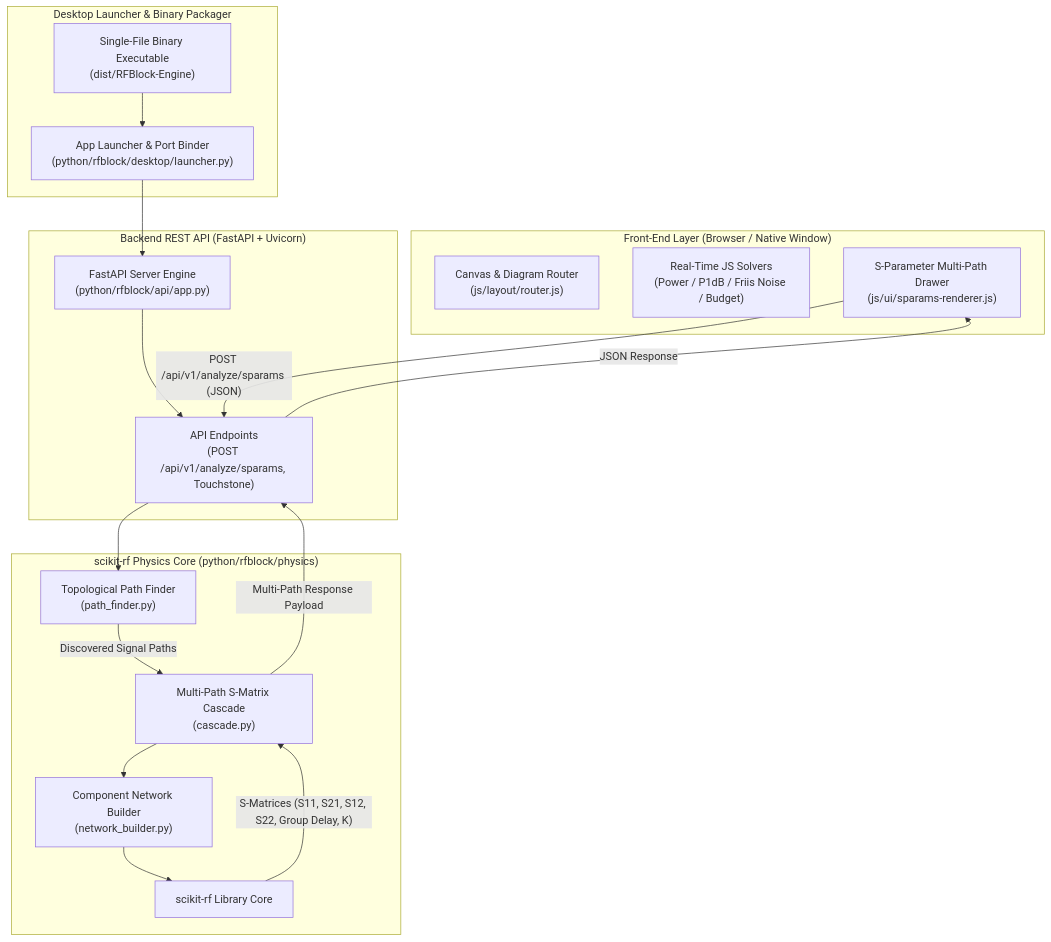
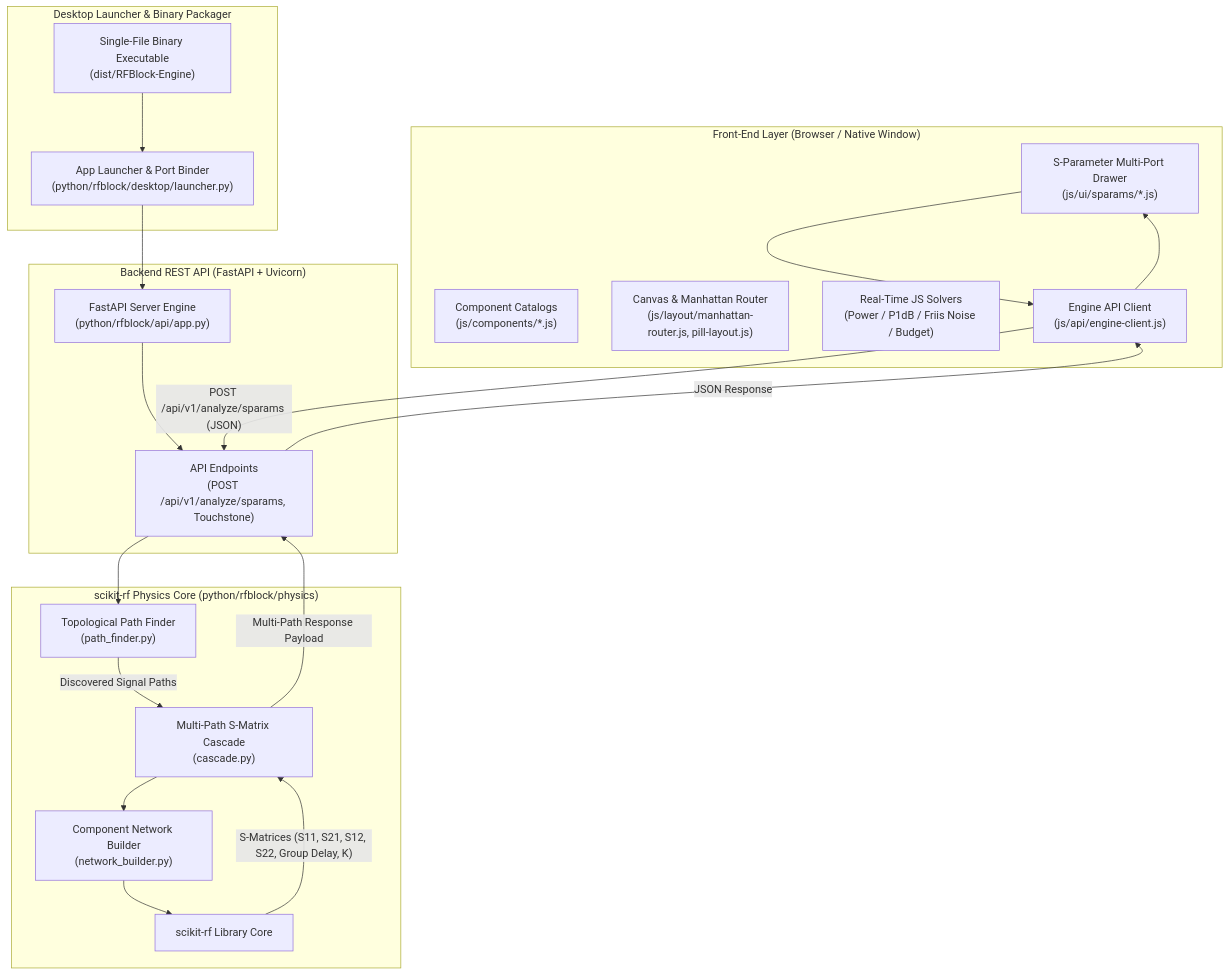
The first of 3 diagrams in ARCHITECTURE.md (tasayi/RF-Block), drawn with Mermaid before and after one commit. The commit also changed other lines of this file and 33 other files, not shown here.

````diff
--- a/ARCHITECTURE.md
+++ b/ARCHITECTURE.md
@@ -23,37 +24,41 @@
 ```mermaid
 flowchart TD
     subgraph UI ["Front-End Layer (Browser / Native Window)"]
-        Canvas["Canvas & Diagram Router<br/>(js/layout/router.js)"]
+        Components["Component Catalogs<br/>(js/components/*.js)"]
+        Canvas["Canvas & Manhattan Router<br/>(js/layout/manhattan-router.js, pill-layout.js)"]
         Solvers["Real-Time JS Solvers<br/>(Power / P1dB / Friis Noise / Budget)"]
-        Drawer["S-Parameter Multi-Path Drawer<br/>(js/ui/sparams-renderer.js)"]
+        Drawer["S-Parameter Multi-Port Drawer<br/>(js/ui/sparams/*.js)"]
+        Client["Engine API Client<br/>(js/api/engine-client.js)"]
     end
 
     subgraph Desktop ["Desktop Launcher & Binary Packager"]
         Binary["Single-File Binary Executable<br/>(dist/RFBlock-Engine)"]
         Launcher["App Launcher & Port Binder<br/>(python/rfblock/desktop/launcher.py)"]
     end
 
     subgraph API ["Backend REST API (FastAPI + Uvicorn)"]
         FastAPI["FastAPI Server Engine<br/>(python/rfblock/api/app.py)"]
         Routes["API Endpoints<br/>(POST /api/v1/analyze/sparams, Touchstone)"]
     end
 
     subgraph Physics ["scikit-rf Physics Core (python/rfblock/physics)"]
         PathFinder["Topological Path Finder<br/>(path_finder.py)"]
         NetBuilder["Component Network Builder<br/>(network_builder.py)"]
         Cascade["Multi-Path S-Matrix Cascade<br/>(cascade.py)"]
         SKRF["scikit-rf Library Core"]
     end
 
-    Drawer -->|"POST /api/v1/analyze/sparams (JSON)"| Routes
+    Drawer --> Client
+    Client -->|"POST /api/v1/analyze/sparams (JSON)"| Routes
     Binary --> Launcher
     Launcher --> FastAPI
     FastAPI --> Routes
     Routes --> PathFinder
     PathFinder -->|"Discovered Signal Paths"| Cascade
     Cascade --> NetBuilder
     NetBuilder --> SKRF
     SKRF -->|"S-Matrices (S11, S21, S12, S22, Group Delay, K)"| Cascade
     Cascade -->|"Multi-Path Response Payload"| Routes
-    Routes -->|"JSON Response"| Drawer
+    Routes -->|"JSON Response"| Client
+    Client --> Drawer
 ```
````
